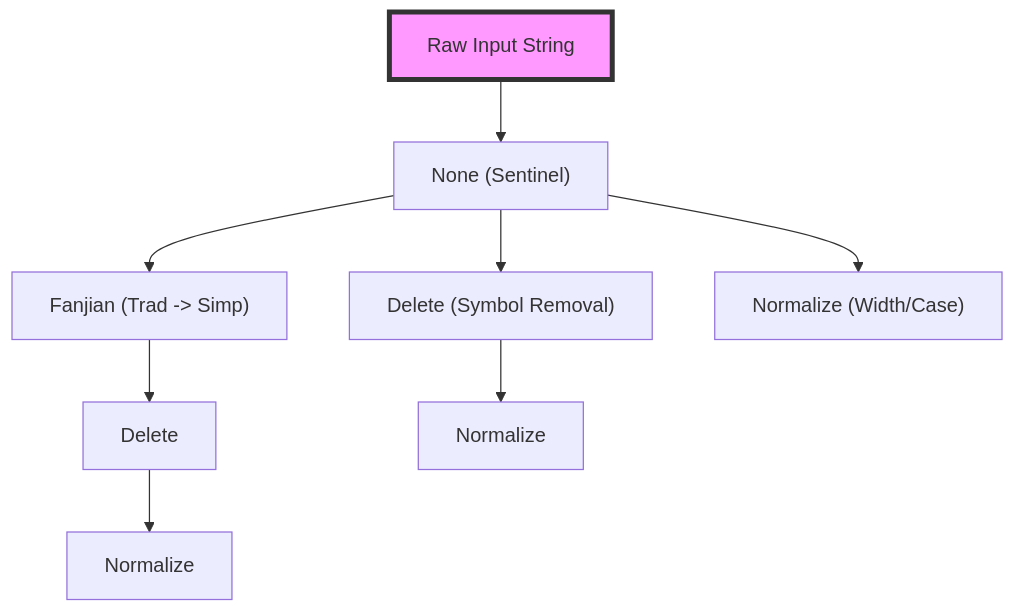
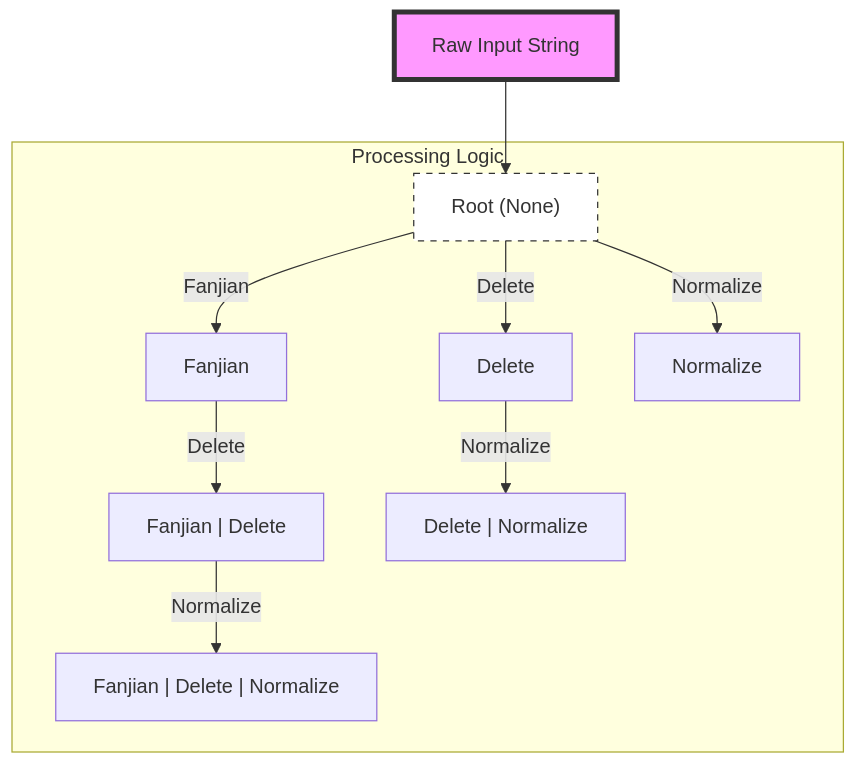
The first of 2 diagrams in DESIGN.md (Lips7/Matcher), drawn with Mermaid before and after one commit. The commit also changed other lines of this file, not shown here.

````diff
--- a/DESIGN.md
+++ b/DESIGN.md
@@ -101,13 +101,24 @@
 ```mermaid
 graph TD
-    Raw["Raw Input String"] --> None["None (Sentinel)"]
-    None --> Fanjian["Fanjian (Trad -> Simp)"]
-    None --> Delete["Delete (Symbol Removal)"]
-    None --> Normalize["Normalize (Width/Case)"]
+    Raw["Raw Input String"] --> Root["Root (None)"]
+    Root -- "Fanjian" --> F["Fanjian"]
+    Root -- "Delete" --> D["Delete"]
+    Root -- "Normalize" --> N["Normalize"]
     
-    Fanjian --> F_Delete["Delete"]
-    Delete --> D_Normalize["Normalize"]
-    F_Delete --> F_D_Normalize["Normalize"]
+    F -- "Delete" --> FD["Fanjian | Delete"]
+    D -- "Normalize" --> DN["Delete | Normalize"]
+    FD -- "Normalize" --> FDN["Fanjian | Delete | Normalize"]
     
+    subgraph "Processing Logic"
+    Root
+    F
+    D
+    N
+    FD
+    DN
+    FDN
+    end
+
     style Raw fill:#f9f,stroke:#333,stroke-width:4px
+    style Root fill:#fff,stroke:#333,stroke-dasharray: 5 5
 ```
````
